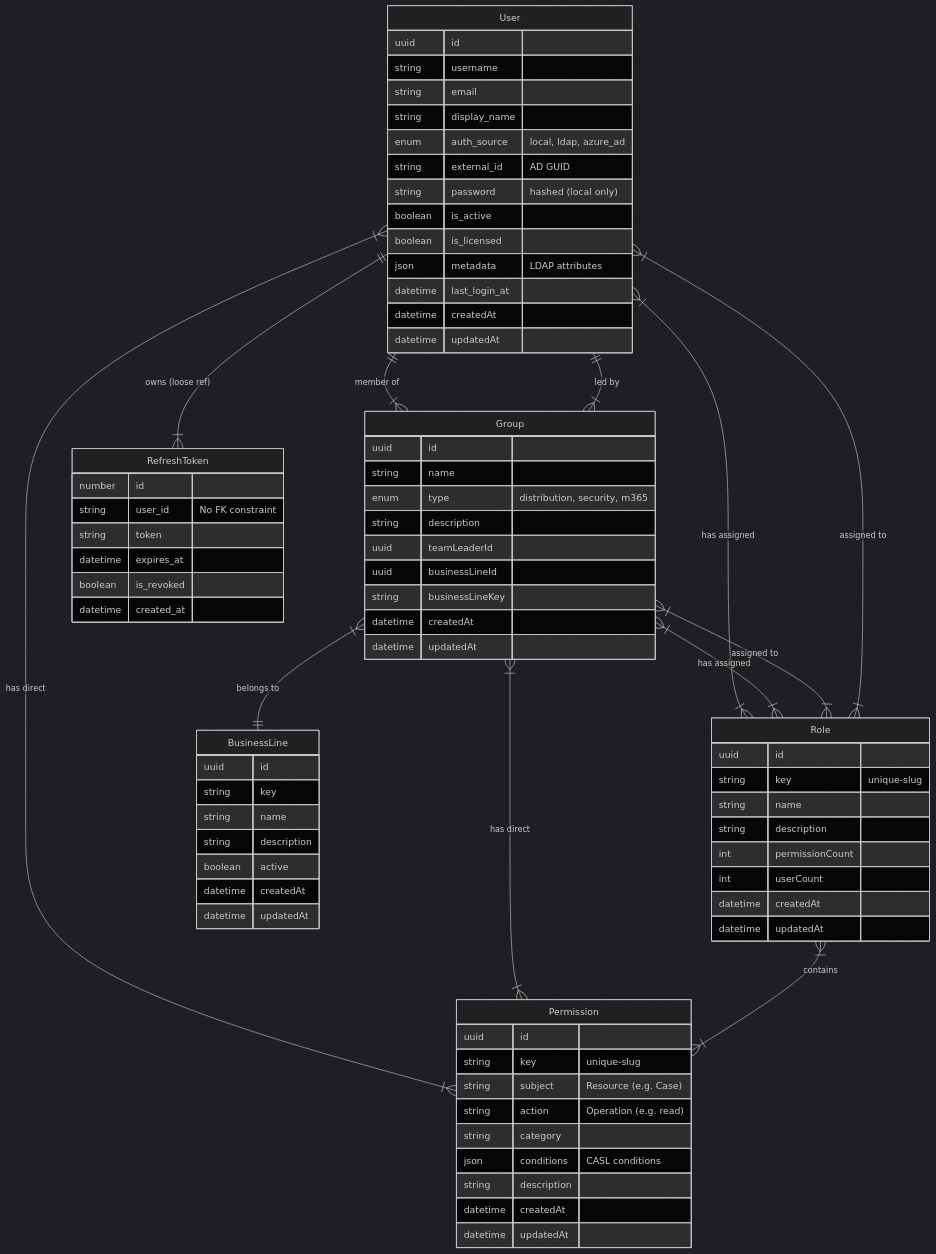
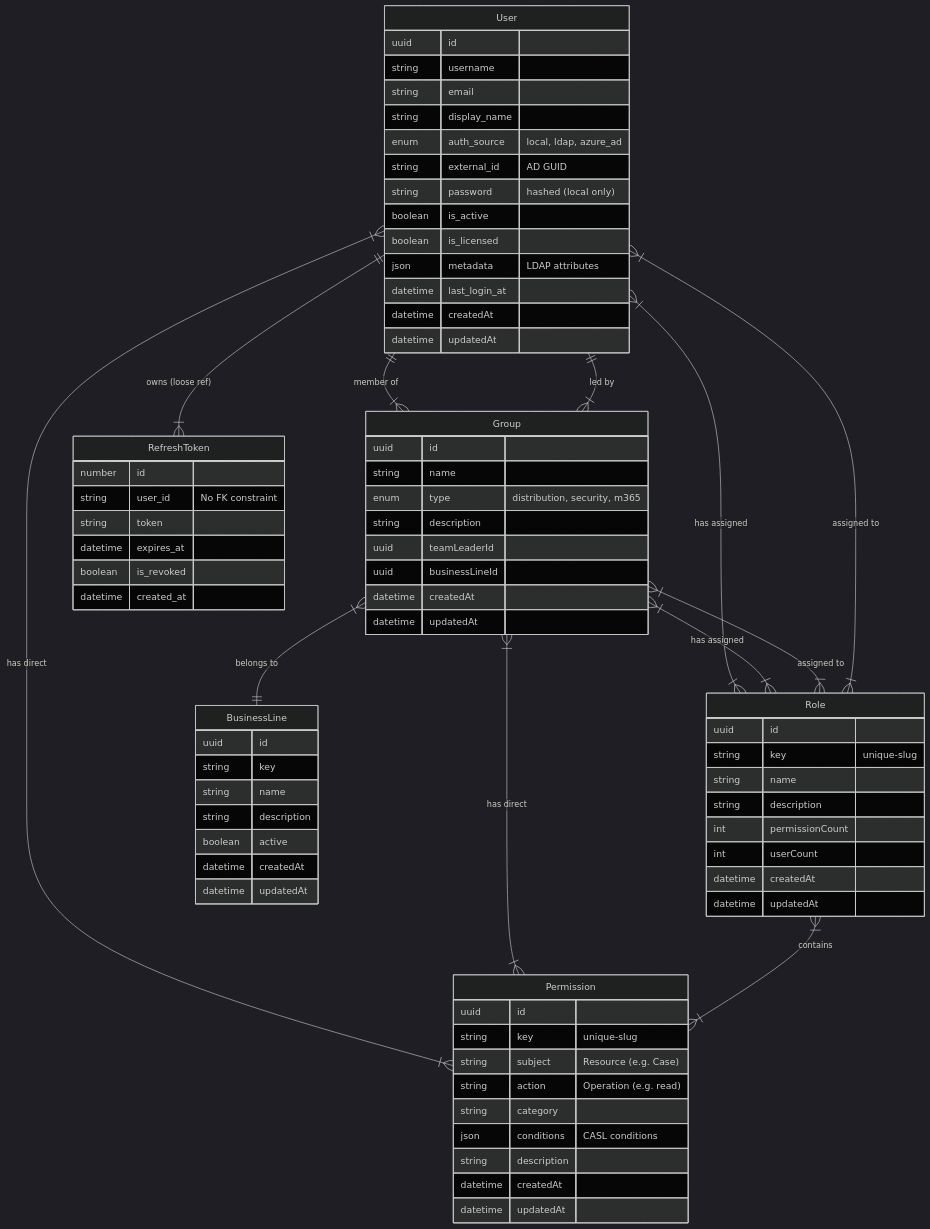
One commit to ahmadalzoubi31/esm-app changed the diagram in apps/api/docs/schema.md. Above: the diagram before and after it, drawn with Mermaid (dark theme). The commit also changed 28 other files, not shown here.

```diff
--- a/apps/api/docs/schema.md
+++ b/apps/api/docs/schema.md
@@ -68,7 +68,6 @@
         string description
         uuid teamLeaderId
         uuid businessLineId
-        string businessLineKey
         datetime createdAt
         datetime updatedAt
     }
```
